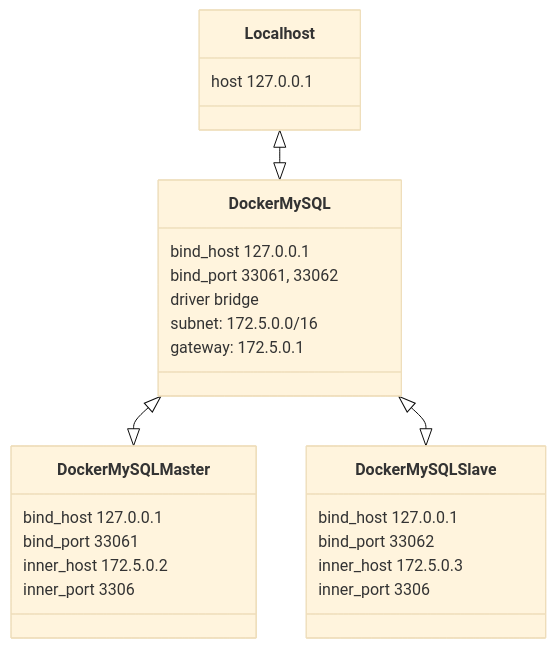
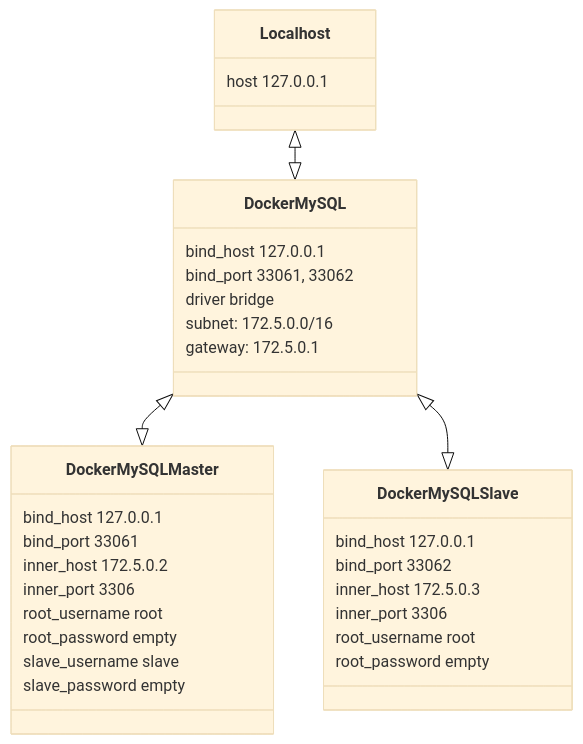
One commit to choewy/mysql-replication changed the diagram in mysql/README.md. Above: the diagram before and after it, drawn with Mermaid (base theme).

Commit message:
docs/README.md

````diff
--- a/mysql/README.md
+++ b/mysql/README.md
@@ -5,33 +5,40 @@
 ```mermaid
 classDiagram
 
 class Localhost {
   host 127.0.0.1
 }
 
 class DockerMySQL {
   bind_host 127.0.0.1
   bind_port 33061, 33062
   driver bridge
   subnet: 172.5.0.0/16
   gateway: 172.5.0.1
 }
 
 class DockerMySQLMaster {
   bind_host 127.0.0.1
   bind_port 33061
   inner_host 172.5.0.2
   inner_port 3306
+  root_username root
+  root_password empty
+  slave_username slave
+  slave_password empty
+
 }
 
 class DockerMySQLSlave {
   bind_host 127.0.0.1
   bind_port 33062
   inner_host 172.5.0.3
   inner_port 3306
+  root_username root
+  root_password empty
 }
 
 Localhost <|--|> DockerMySQL
 DockerMySQL <|--|> DockerMySQLMaster
 DockerMySQL <|--|> DockerMySQLSlave
 ```
````
